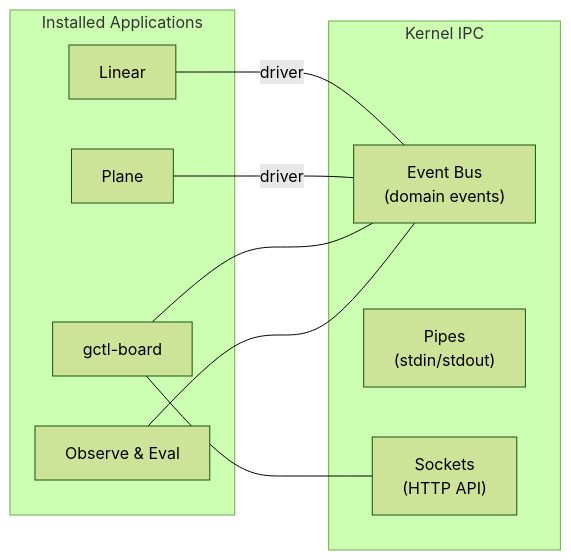
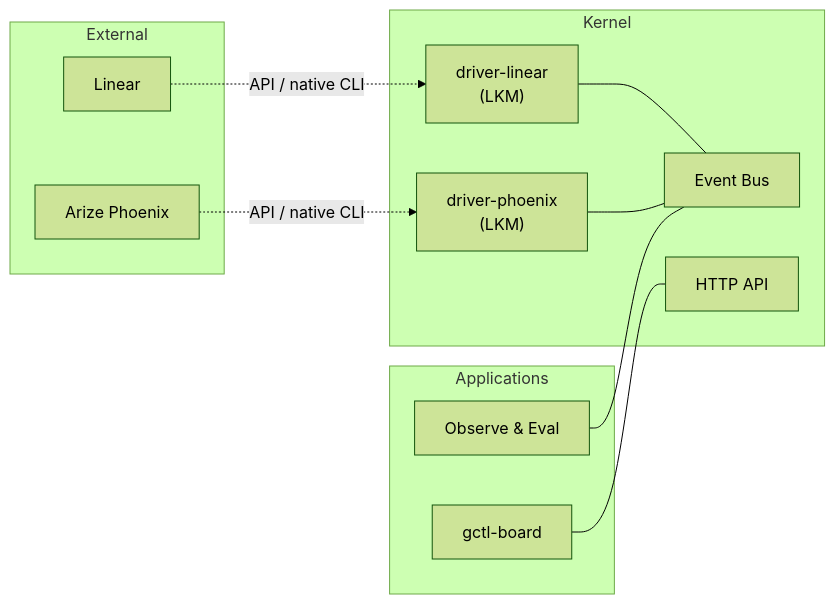
One commit to OpenHackersClub/gctrl changed the fifth of 7 diagrams in specs/architecture/os.md. Above: the diagram before and after it, drawn with Mermaid (forest theme). The commit also changed other lines of this file and 39 other files, not shown here.

First line of the commit message:
refactor(shell): GitHub via kernel driver — no direct external API calls (#2)

````diff
--- a/specs/architecture/os.md
+++ b/specs/architecture/os.md
@@ -323,21 +358,26 @@
 ```mermaid
 flowchart LR
-  subgraph Installed["Installed Applications"]
-    Linear["Linear"]
-    Plane["Plane"]
+  subgraph KernelSpace["Kernel"]
+    Events["Event Bus"]
+    Sockets["HTTP API"]
+    DrvLinear["driver-linear<br/>(LKM)"]
+    DrvPhoenix["driver-phoenix<br/>(LKM)"]
+  end
+
+  subgraph UserSpace["Applications"]
     Board["gctl-board"]
     Eval["Observe & Eval"]
   end
 
-  subgraph IPC["Kernel IPC"]
-    Events["Event Bus<br/>(domain events)"]
-    Pipes["Pipes<br/>(stdin/stdout)"]
-    Sockets["Sockets<br/>(HTTP API)"]
+  subgraph External["External"]
+    Linear["Linear"]
+    Phoenix["Arize Phoenix"]
   end
 
-  Linear ---|"driver"| Events
-  Plane ---|"driver"| Events
-  Board --- Events
+  Linear -.->|"API / native CLI"| DrvLinear
+  Phoenix -.->|"API / native CLI"| DrvPhoenix
+  DrvLinear --- Events
+  DrvPhoenix --- Events
+  Board --- Sockets
   Eval --- Events
-  Board --- Sockets
 ```
````
